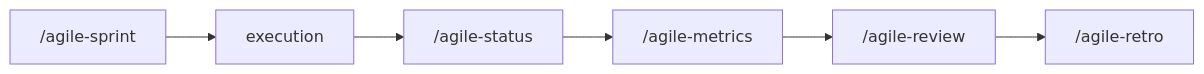
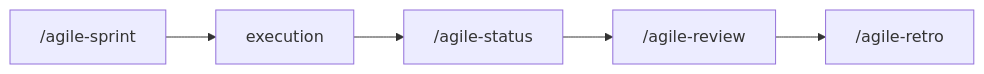
One commit to djalmajr/essential-skills changed the diagram in docs/skills/agile-review.md. Above: the diagram before and after it, drawn with Mermaid. The commit also changed other lines of this file and 122 other files, not shown here.

````diff
--- a/docs/skills/agile-review.md
+++ b/docs/skills/agile-review.md
@@ -47,8 +47,7 @@
 ```mermaid
 flowchart LR
     A["/agile-sprint"] --> B[execution]
     B --> C["/agile-status"]
-    C --> D["/agile-metrics"]
-    D --> E["/agile-review"]
-    E --> F["/agile-retro"]
+    C --> D["/agile-review"]
+    D --> E["/agile-retro"]
 ```
````
